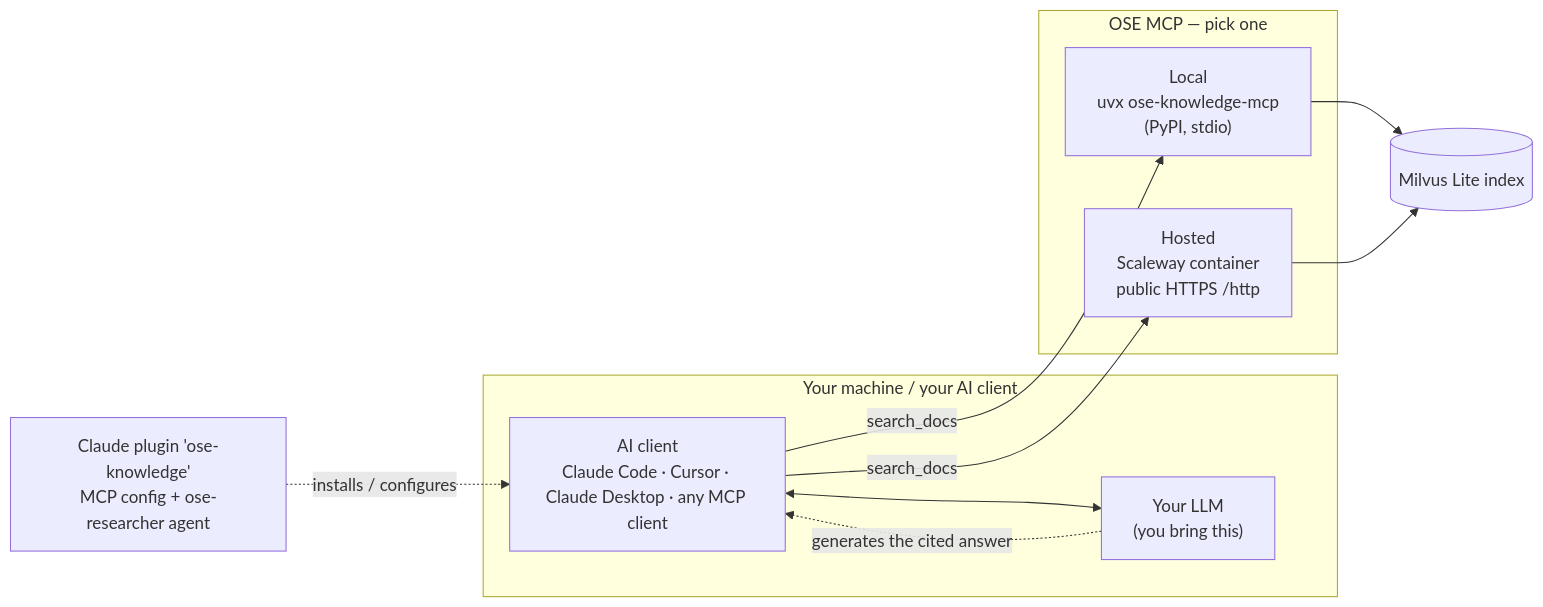
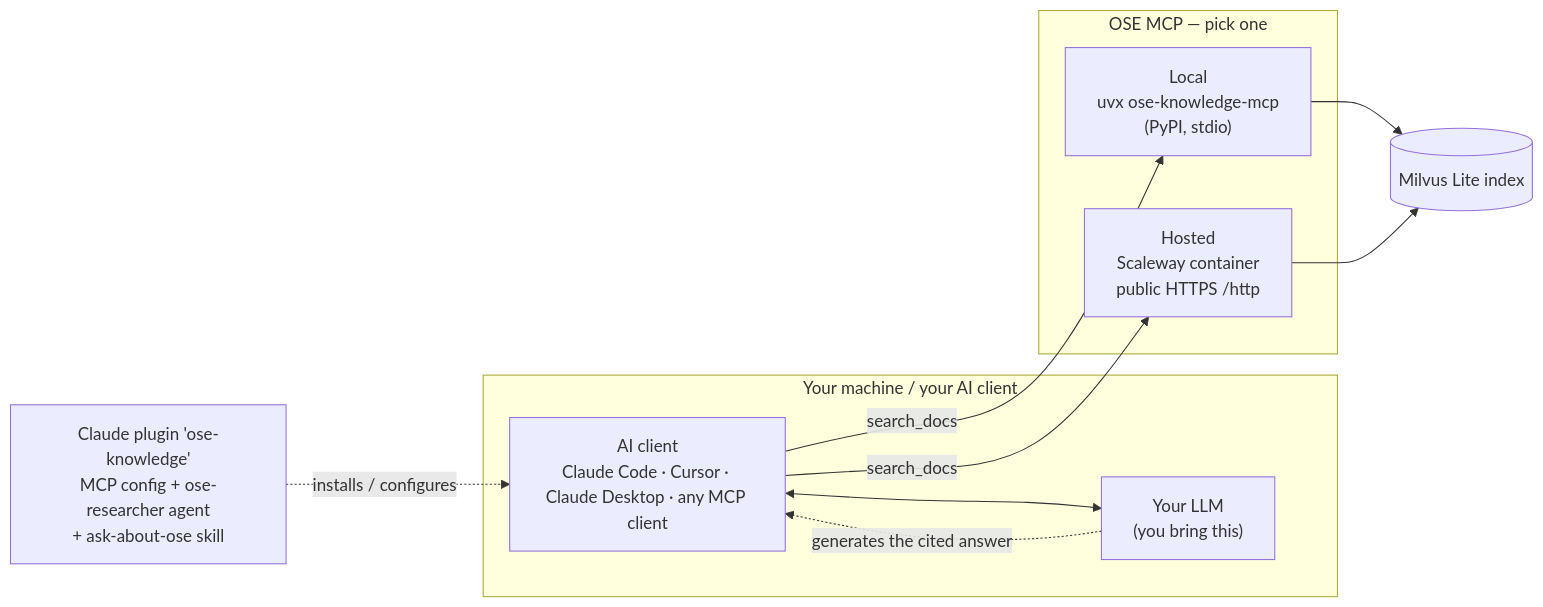
One commit to opensourceeurope/ose-knowledge-mcp changed the second of 2 diagrams in docs/architecture.md. Above: the diagram before and after it, drawn with Mermaid. The commit also changed 3 other files, not shown here.

Commit message:
docs: mention the ask-about-ose skill in plugin descriptions (#37)

````diff
--- a/docs/architecture.md
+++ b/docs/architecture.md
@@ -56,23 +56,23 @@
 ```mermaid
 flowchart LR
     subgraph yours["Your machine / your AI client"]
         client["AI client<br/>Claude Code · Cursor · Claude Desktop · any MCP client"]
         model["Your LLM<br/>(you bring this)"]
         client <--> model
     end
 
     subgraph mcpopts["OSE MCP — pick one"]
         local["Local<br/>uvx ose-knowledge-mcp<br/>(PyPI, stdio)"]
         hosted["Hosted<br/>Scaleway container<br/>public HTTPS /http"]
     end
 
     DB[(Milvus Lite index)]
-    plugin["Claude plugin 'ose-knowledge'<br/>MCP config + ose-researcher agent"]
+    plugin["Claude plugin 'ose-knowledge'<br/>MCP config + ose-researcher agent<br/>+ ask-about-ose skill"]
 
     plugin -. "installs / configures" .-> client
     client -- "search_docs" --> local
     client -- "search_docs" --> hosted
     local --> DB
     hosted --> DB
     model -. "generates the cited answer" .-> client
 ```
````
